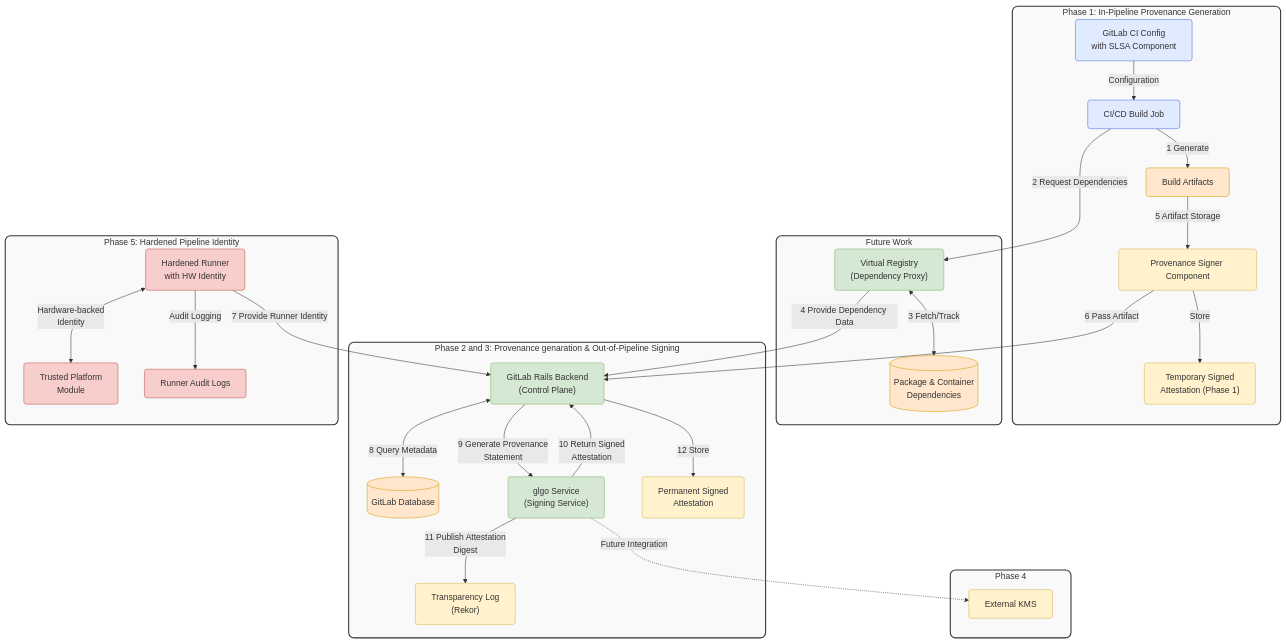
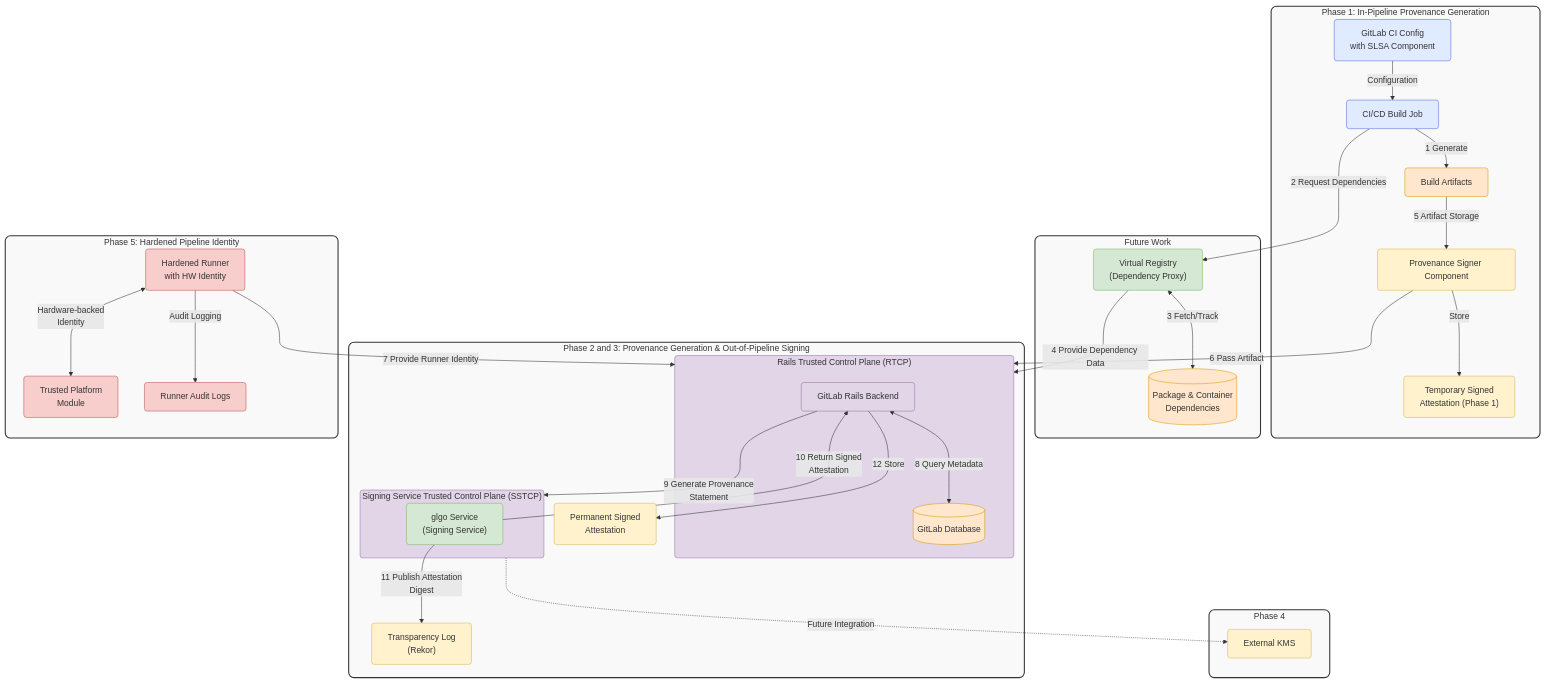
One commit to zalyoung/gitlab-handbook changed the diagram in content/handbook/engineering/architecture/design-documents/slsa_level_3/_index.md. Above: the diagram before and after it, drawn with Mermaid. The commit also changed other lines of this file, not shown here.

````diff
--- a/content/handbook/engineering/architecture/design-documents/slsa_level_3/_index.md
+++ b/content/handbook/engineering/architecture/design-documents/slsa_level_3/_index.md
@@ -79,66 +81,72 @@
 ```mermaid
 flowchart TD
     %% Define styles for improved visual appearance
     classDef phaseStyle fill:#f9f9f9,stroke:#333,stroke-width:2px,rx:10px,ry:10px
     classDef componentStyle fill:#e1ebff,stroke:#4b6bdc,stroke-width:1px,rx:5px,ry:5px
     classDef storageStyle fill:#ffe6cc,stroke:#d79b00,stroke-width:1px,rx:5px,ry:5px
     classDef serviceStyle fill:#d5e8d4,stroke:#82b366,stroke-width:1px,rx:5px,ry:5px
     classDef signatureStyle fill:#fff2cc,stroke:#d6b656,stroke-width:1px,rx:5px,ry:5px
     classDef securityStyle fill:#f8cecc,stroke:#b85450,stroke-width:1px,rx:5px,ry:5px
+    classDef controlPlaneStyle fill:#e1d5e7,stroke:#9673a6,stroke-width:1px,rx:5px,ry:5px
     subgraph Phase1["Phase 1: In-Pipeline Provenance Generation"]
         CIConfig["GitLab CI Config<br>with SLSA Component"]
         BuildJob["CI/CD Build Job"]
         Artifacts["Build Artifacts"]
         ProvenanceSigner["Provenance Signer Component"]
         TempSignedAttestation["Temporary Signed<br>Attestation (Phase 1)"]
     end
     subgraph FutureWork["Future Work"]
         VirtualRegistry["Virtual Registry<br>(Dependency Proxy)"]
         Dependencies[(Package & Container<br>Dependencies)]
     end
-    subgraph Phase2and3["Phase 2 and 3: Provenance genaration & Out-of-Pipeline Signing"]
-        RailsBackend["GitLab Rails Backend<br>(Control Plane)"]
-        DB[(GitLab Database)]
-        GlgoService["glgo Service<br>(Signing Service)"]
+    subgraph Phase2and3["Phase 2 and 3: Provenance Generation & Out-of-Pipeline Signing"]
+        subgraph RTCP["Rails Trusted Control Plane (RTCP)"]
+            RailsBackend["GitLab Rails Backend"]
+            DB[(GitLab Database)]
+        end
+        subgraph SSTCP["Signing Service Trusted Control Plane (SSTCP)"]
+            GlgoService["glgo Service<br>(Signing Service)"]
+        end
         Rekor["Transparency Log<br>(Rekor)"]
         PermanentAttestation["Permanent Signed<br>Attestation"]
     end
     subgraph Phase4["Phase 4"]
         ExternalKMS["External KMS"]
     end
     subgraph Phase5["Phase 5: Hardened Pipeline Identity"]
         HardenedRunner["Hardened Runner<br>with HW Identity"]
         TPM["Trusted Platform<br>Module"]
         RunnerAudit["Runner Audit Logs"]
     end
     %% Relationships between components with labeled edges
     CIConfig -->|"Configuration"| BuildJob
     BuildJob -->|"1 Generate"| Artifacts
     BuildJob -->|"2 Request Dependencies"| VirtualRegistry
     VirtualRegistry <-->|"3 Fetch/Track"| Dependencies
     
     %% Phase 1 flow for early implementation
-    VirtualRegistry -->|"4 Provide Dependency Data"| RailsBackend
+    VirtualRegistry -->|"4 Provide Dependency Data"| RTCP
     Artifacts -->|"5 Artifact Storage"| ProvenanceSigner
     ProvenanceSigner -->|"Store"| TempSignedAttestation
-    ProvenanceSigner -->|"6 Pass Artifact"| RailsBackend
-    HardenedRunner -->|"7 Provide Runner Identity"| RailsBackend
+    ProvenanceSigner -->|"6 Pass Artifact"| RTCP
+    HardenedRunner -->|"7 Provide Runner Identity"| RTCP
     RailsBackend <-->|"8 Query Metadata"| DB
     
-    RailsBackend -->|"9 Generate Provenance<br>Statement"| GlgoService
-    GlgoService -.->|"Future Integration"| ExternalKMS
+    RailsBackend -->|"9 Generate Provenance<br>Statement"| SSTCP
+    SSTCP -.->|"Future Integration"| ExternalKMS
     GlgoService -->|"10 Return Signed<br>Attestation"| RailsBackend
     GlgoService -->|"11 Publish Attestation<br>Digest"| Rekor
     RailsBackend -->|"12 Store"| PermanentAttestation
     
     %% Phase 5 hardening
     HardenedRunner <-->|"Hardware-backed<br>Identity"| TPM
     HardenedRunner -->|"Audit Logging"| RunnerAudit
     %% Apply styles
     class Phase1,Phase2and3,Phase4,Phase5,FutureWork phaseStyle
     class CIConfig,BuildJob componentStyle
     class Artifacts,DB,Dependencies storageStyle
-    class VirtualRegistry,RailsBackend,GlgoService serviceStyle
+    class VirtualRegistry,GlgoService serviceStyle
     class ProvenanceSigner,TempSignedAttestation,PermanentAttestation,Rekor,ExternalKMS signatureStyle
     class HardenedRunner,TPM,RunnerAudit securityStyle
+    class RTCP,SSTCP,RailsBackend controlPlaneStyle
 ```
````
